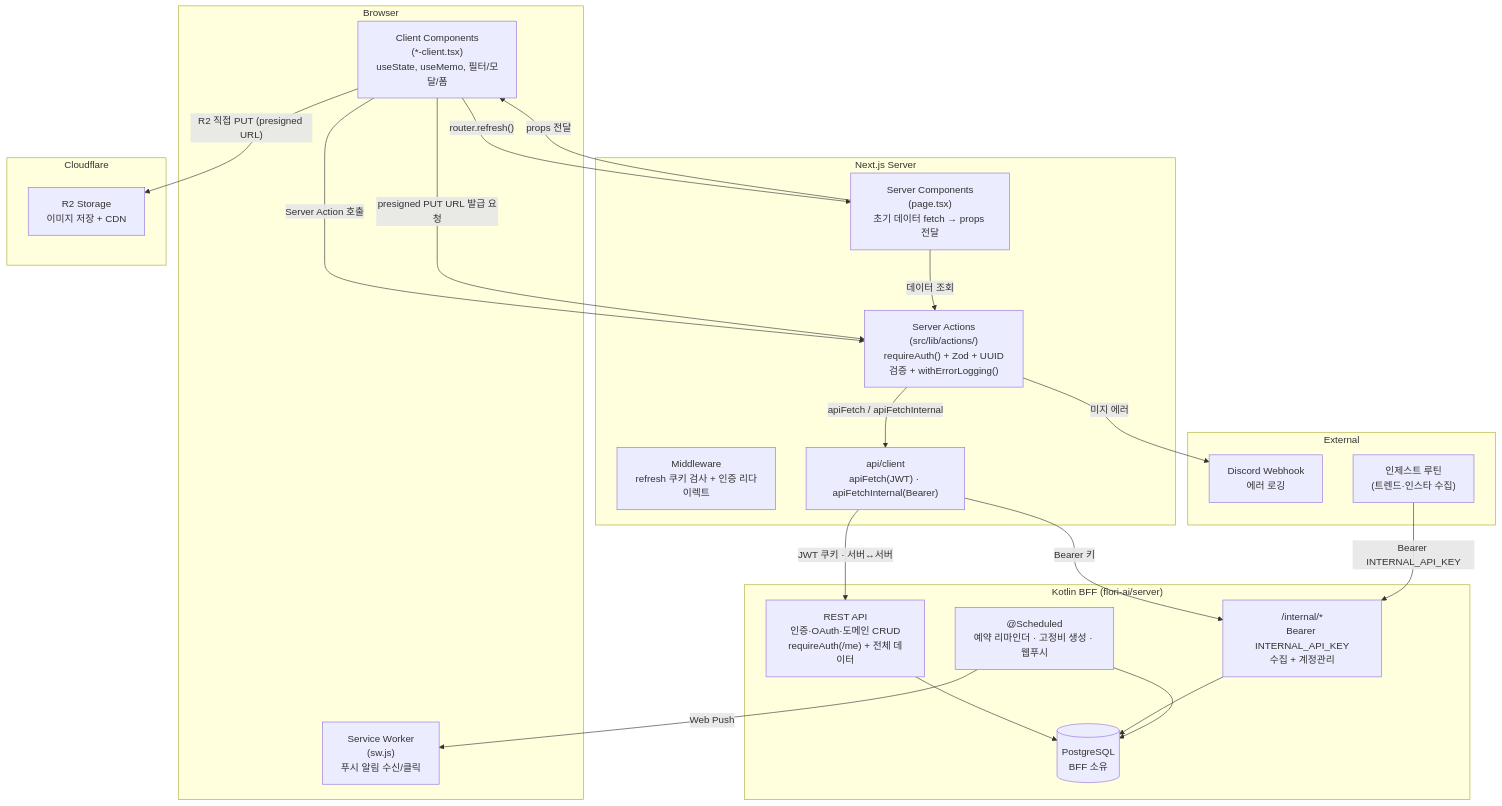
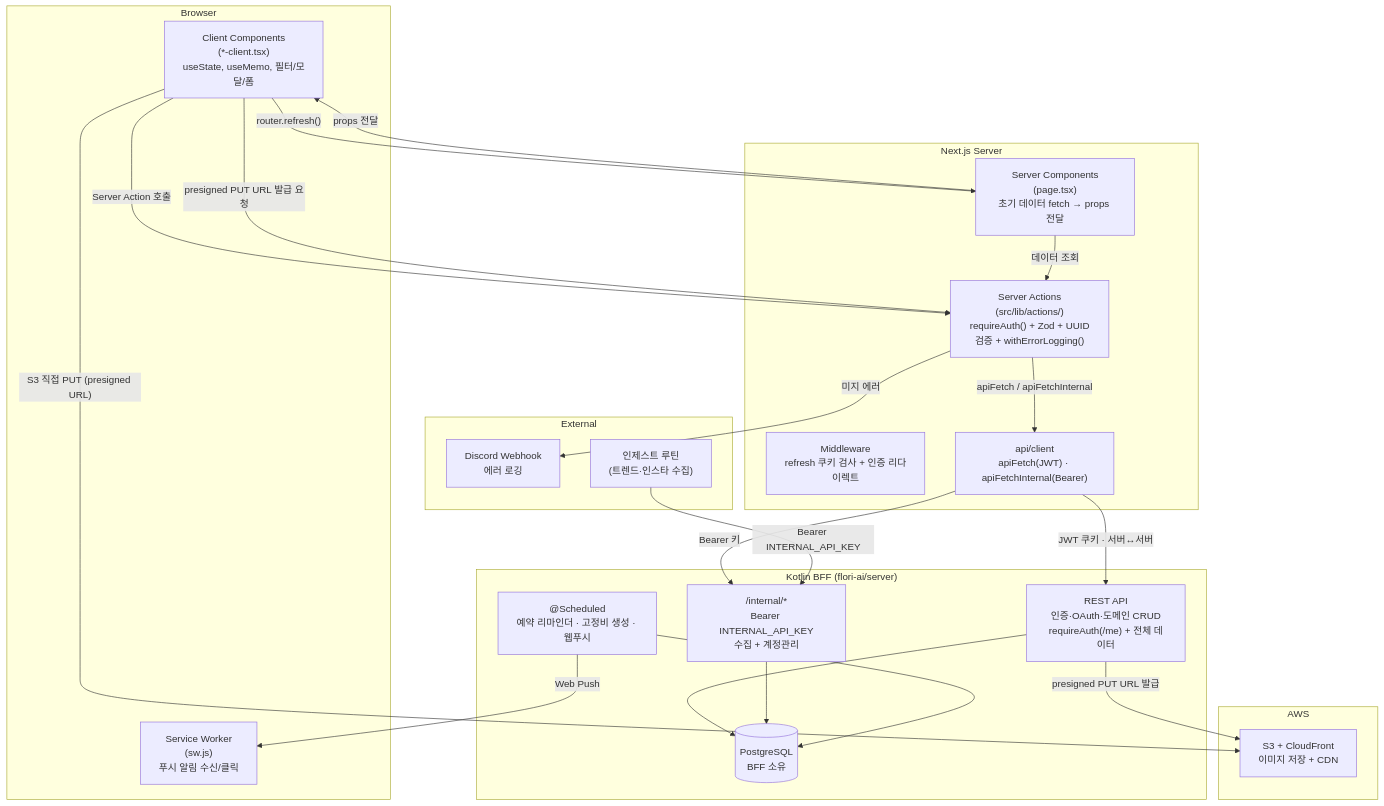
The first of 5 diagrams in docs/ARCHITECTURE.md (flori-ai-kr/web), drawn with Mermaid before and after one commit. The commit also changed other lines of this file and 41 other files, not shown here.

````diff
--- a/docs/ARCHITECTURE.md
+++ b/docs/ARCHITECTURE.md
@@ -11,46 +11,47 @@
 ```mermaid
 graph TB
     subgraph Browser
         CC["Client Components<br/>(*-client.tsx)<br/>useState, useMemo, 필터/모달/폼"]
         SW["Service Worker<br/>(sw.js)<br/>푸시 알림 수신/클릭"]
     end
 
     subgraph NextServer["Next.js Server"]
         MW["Middleware<br/>refresh 쿠키 검사 + 인증 리다이렉트"]
         SC["Server Components<br/>(page.tsx)<br/>초기 데이터 fetch → props 전달"]
         SA["Server Actions<br/>(src/lib/actions/)<br/>requireAuth() + Zod + UUID검증 + withErrorLogging()"]
         AC["api/client<br/>apiFetch(JWT) · apiFetchInternal(Bearer)"]
     end
 
     subgraph External
         DC["Discord Webhook<br/>에러 로깅"]
         RT["인제스트 루틴<br/>(트렌드·인스타 수집)"]
     end
 
     subgraph KotlinBFF["Kotlin BFF (flori-ai/server)"]
         KAPI["REST API<br/>인증·OAuth·도메인 CRUD<br/>requireAuth(/me) + 전체 데이터"]
         KINT["/internal/*<br/>Bearer INTERNAL_API_KEY<br/>수집 + 계정관리"]
         KSCHED["@Scheduled<br/>예약 리마인더 · 고정비 생성 · 웹푸시"]
         PG[("PostgreSQL<br/>BFF 소유")]
     end
 
-    subgraph Cloudflare
-        R2["R2 Storage<br/>이미지 저장 + CDN"]
+    subgraph AWS
+        S3["S3 + CloudFront<br/>이미지 저장 + CDN"]
     end
 
     CC -->|"Server Action 호출"| SA
     CC -->|"presigned PUT URL 발급 요청"| SA
-    CC -->|"R2 직접 PUT (presigned URL)"| R2
+    CC -->|"S3 직접 PUT (presigned URL)"| S3
     CC -->|"router.refresh()"| SC
     SC -->|"props 전달"| CC
     SC -->|"데이터 조회"| SA
     SA -->|"apiFetch / apiFetchInternal"| AC
     AC -->|"JWT 쿠키 · 서버↔서버"| KAPI
     AC -->|"Bearer 키"| KINT
     SA -->|"미지 에러"| DC
     KAPI --> PG
+    KAPI -->|"presigned PUT URL 발급"| S3
     KINT --> PG
     KSCHED --> PG
     KSCHED -->|"Web Push"| SW
     RT -->|"Bearer INTERNAL_API_KEY"| KINT
 ```
````
